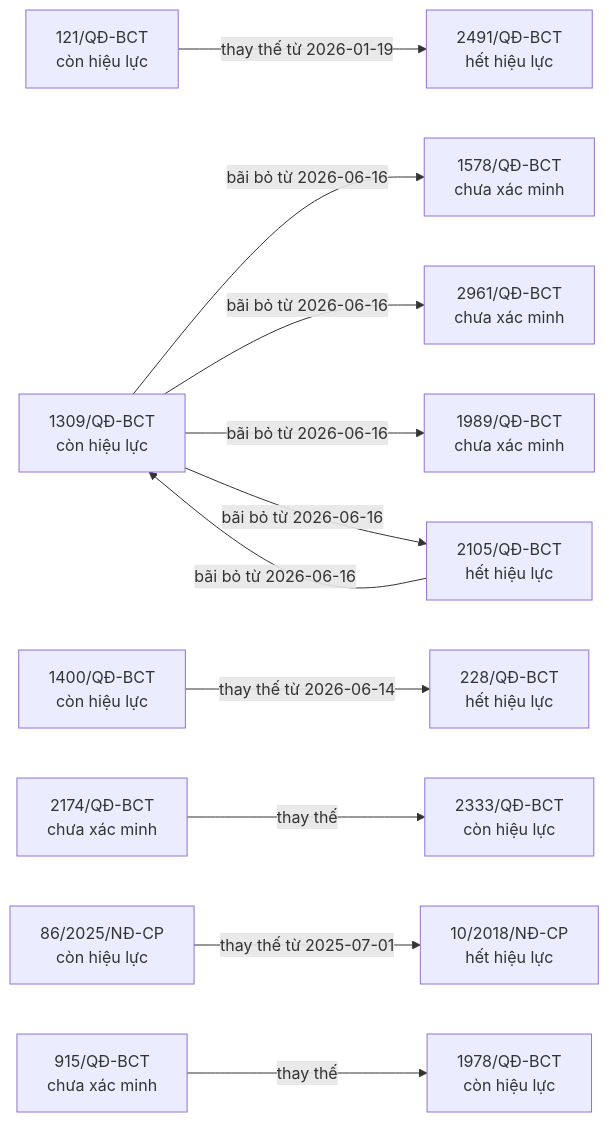
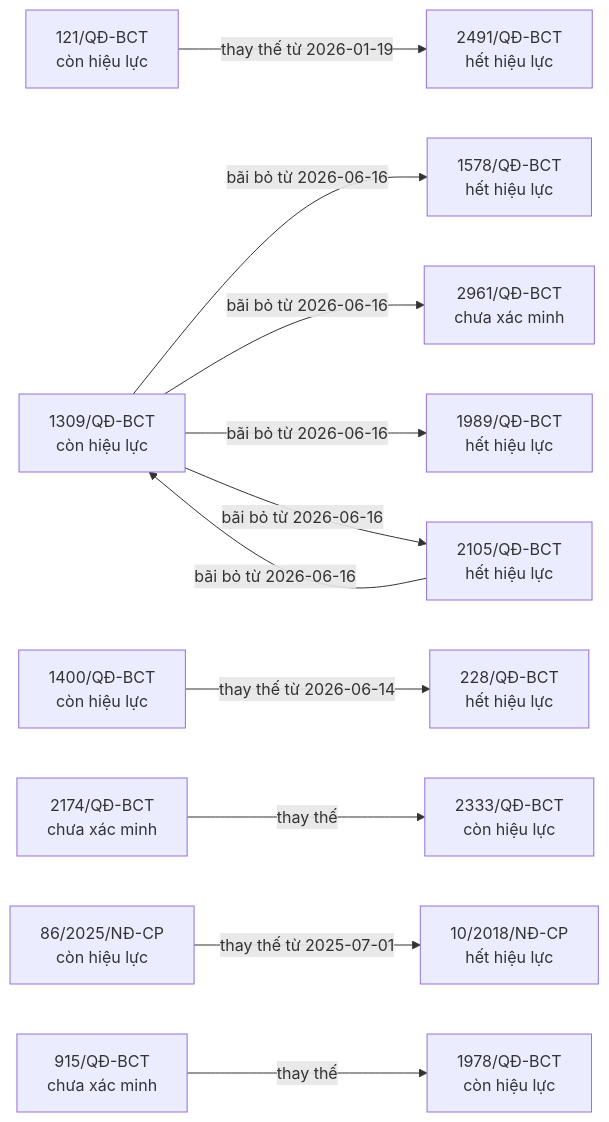
One commit to ozvietnam/oz-wiki-plhq changed the fifth of 9 diagrams in bao-cao/quan-he.md. Above: the diagram before and after it, drawn with Mermaid. The commit also changed other lines of this file and 5 other files, not shown here.

````diff
--- a/bao-cao/quan-he.md
+++ b/bao-cao/quan-he.md
@@ -410,28 +410,28 @@
 ```mermaid
 flowchart LR
   n_121_Q__BCT["121/QĐ-BCT<br/>còn hiệu lực"]
   n_2491_Q__BCT["2491/QĐ-BCT<br/>hết hiệu lực"]
   n_1309_Q__BCT["1309/QĐ-BCT<br/>còn hiệu lực"]
-  n_1578_Q__BCT["1578/QĐ-BCT<br/>chưa xác minh"]
+  n_1578_Q__BCT["1578/QĐ-BCT<br/>hết hiệu lực"]
   n_2961_Q__BCT["2961/QĐ-BCT<br/>chưa xác minh"]
-  n_1989_Q__BCT["1989/QĐ-BCT<br/>chưa xác minh"]
+  n_1989_Q__BCT["1989/QĐ-BCT<br/>hết hiệu lực"]
   n_2105_Q__BCT["2105/QĐ-BCT<br/>hết hiệu lực"]
   n_1400_Q__BCT["1400/QĐ-BCT<br/>còn hiệu lực"]
   n_228_Q__BCT["228/QĐ-BCT<br/>hết hiệu lực"]
   n_2174_Q__BCT["2174/QĐ-BCT<br/>chưa xác minh"]
   n_2333_Q__BCT["2333/QĐ-BCT<br/>còn hiệu lực"]
   n_86_2025_N__CP["86/2025/NĐ-CP<br/>còn hiệu lực"]
   n_10_2018_N__CP["10/2018/NĐ-CP<br/>hết hiệu lực"]
   n_915_Q__BCT["915/QĐ-BCT<br/>chưa xác minh"]
   n_1978_Q__BCT["1978/QĐ-BCT<br/>còn hiệu lực"]
   n_121_Q__BCT -->|thay thế từ 2026-01-19| n_2491_Q__BCT
   n_1309_Q__BCT -->|bãi bỏ từ 2026-06-16| n_1578_Q__BCT
   n_1309_Q__BCT -->|bãi bỏ từ 2026-06-16| n_2961_Q__BCT
   n_1309_Q__BCT -->|bãi bỏ từ 2026-06-16| n_1989_Q__BCT
   n_1309_Q__BCT -->|bãi bỏ từ 2026-06-16| n_2105_Q__BCT
   n_1400_Q__BCT -->|thay thế từ 2026-06-14| n_228_Q__BCT
   n_2105_Q__BCT -->|bãi bỏ từ 2026-06-16| n_1309_Q__BCT
   n_2174_Q__BCT -->|thay thế| n_2333_Q__BCT
   n_86_2025_N__CP -->|thay thế từ 2025-07-01| n_10_2018_N__CP
   n_915_Q__BCT -->|thay thế| n_1978_Q__BCT
 ```
````
